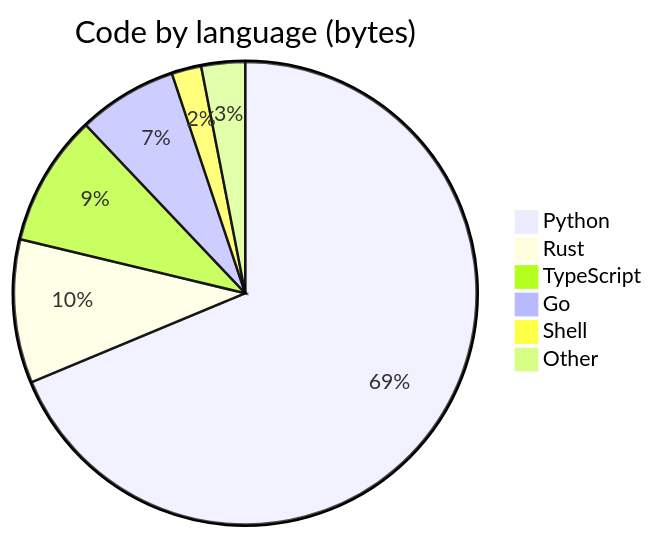
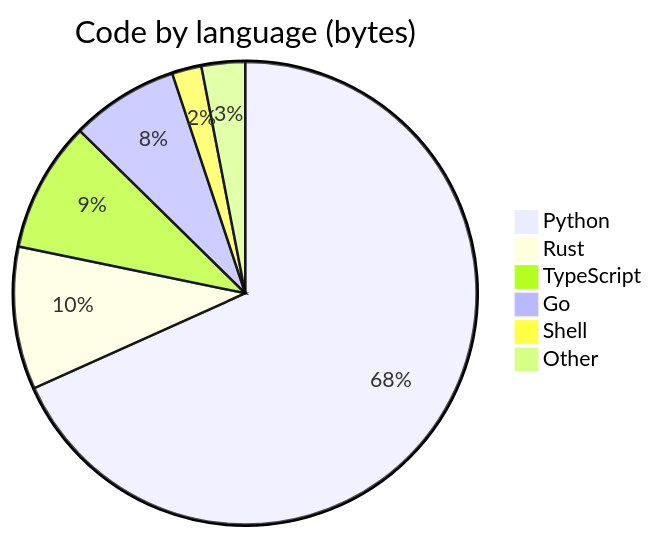
The third of 3 diagrams in README.md (adeoluo/adeoluo), drawn with Mermaid before and after one commit. The commit also changed other lines of this file, not shown here.

````diff
--- a/README.md
+++ b/README.md
@@ -282,10 +282,10 @@
 ```mermaid
 pie
   title Code by language (bytes)
   "Python" : 2563884
   "Rust" : 374068
   "TypeScript" : 342399
-  "Go" : 258975
+  "Go" : 283138
   "Shell" : 77398
-  "Other" : 114025
+  "Other" : 114296
 ```
````
